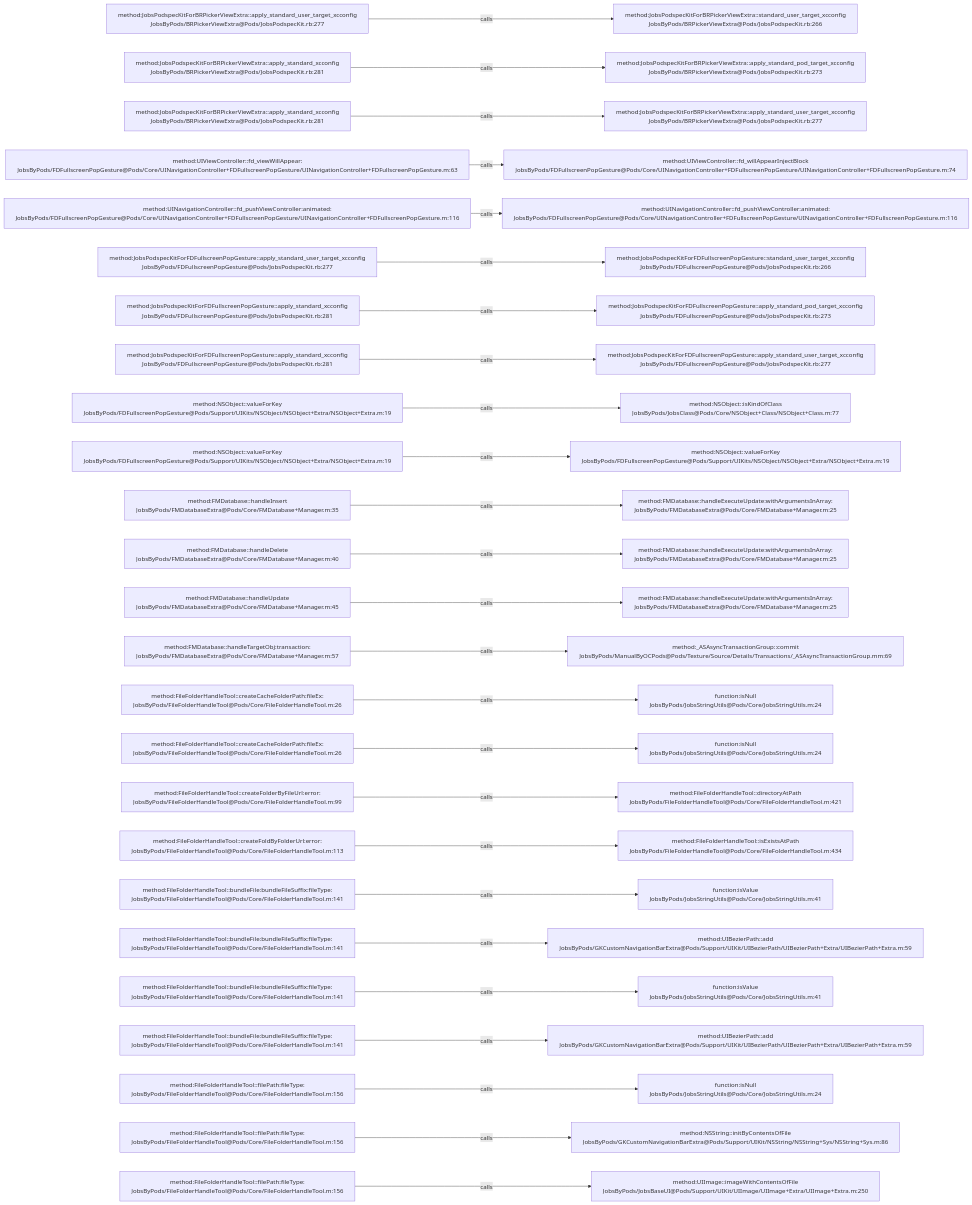
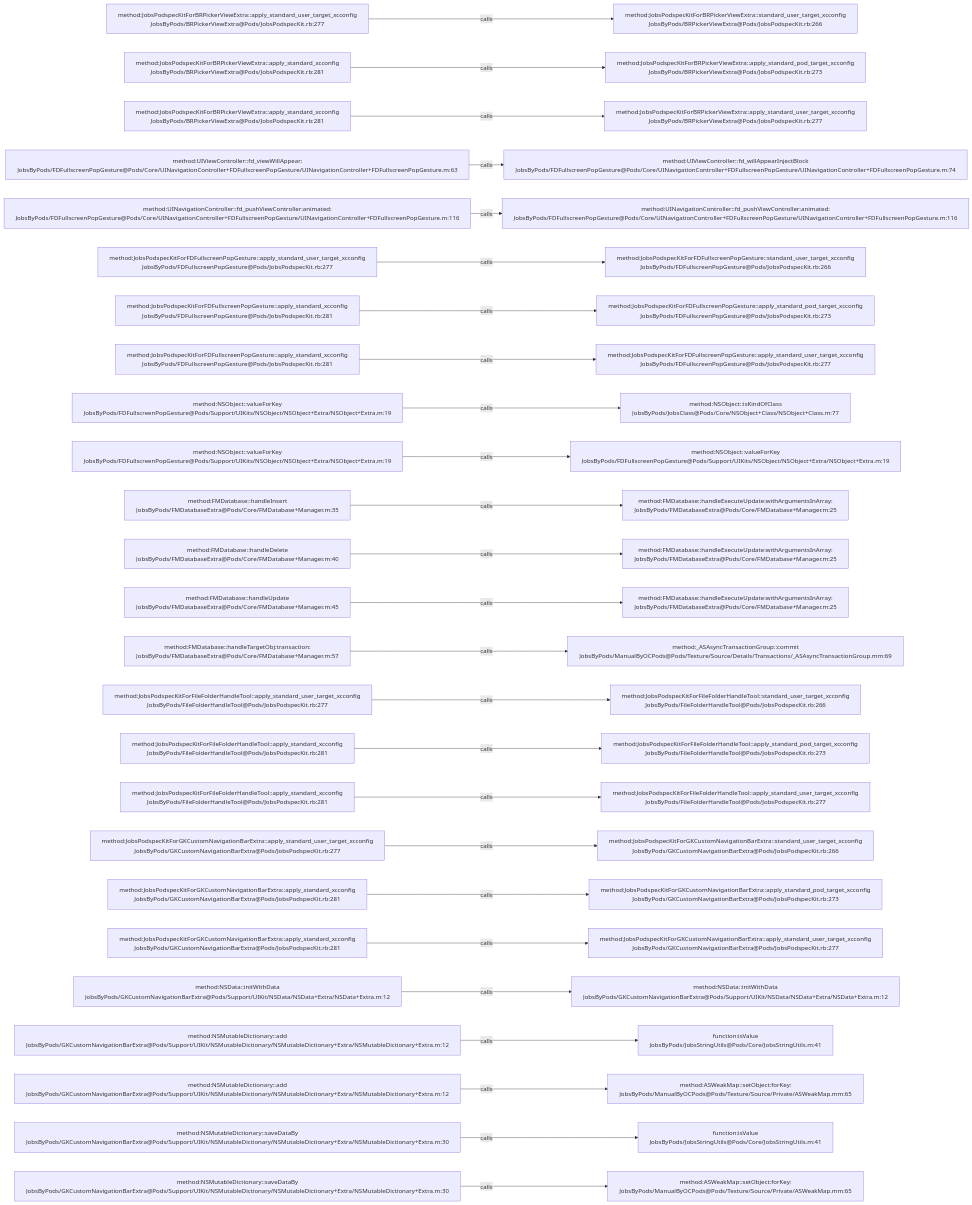
One commit to JobsKits/JobsOCBaseConfigDemo changed the diagram in .codegraph/codegraph.md/graphs/calls-001.md. Above: the diagram before and after it, drawn with Mermaid. The commit also changed 573 other files, not shown here.

````diff
--- a/.codegraph/codegraph.md/graphs/calls-001.md
+++ b/.codegraph/codegraph.md/graphs/calls-001.md
@@ -13,78 +13,78 @@
 ```mermaid
 flowchart LR
   S1["method:JobsPodspecKitForBRPickerViewExtra::apply_standard_user_target_xcconfig<br/>JobsByPods/BRPickerViewExtra@Pods/JobsPodspecKit.rb:277"]
   T1["method:JobsPodspecKitForBRPickerViewExtra::standard_user_target_xcconfig<br/>JobsByPods/BRPickerViewExtra@Pods/JobsPodspecKit.rb:266"]
   S1 -->|calls| T1
   S2["method:JobsPodspecKitForBRPickerViewExtra::apply_standard_xcconfig<br/>JobsByPods/BRPickerViewExtra@Pods/JobsPodspecKit.rb:281"]
   T2["method:JobsPodspecKitForBRPickerViewExtra::apply_standard_pod_target_xcconfig<br/>JobsByPods/BRPickerViewExtra@Pods/JobsPodspecKit.rb:273"]
   S2 -->|calls| T2
   S3["method:JobsPodspecKitForBRPickerViewExtra::apply_standard_xcconfig<br/>JobsByPods/BRPickerViewExtra@Pods/JobsPodspecKit.rb:281"]
   T3["method:JobsPodspecKitForBRPickerViewExtra::apply_standard_user_target_xcconfig<br/>JobsByPods/BRPickerViewExtra@Pods/JobsPodspecKit.rb:277"]
   S3 -->|calls| T3
   S4["method:UIViewController::fd_viewWillAppear:<br/>JobsByPods/FDFullscreenPopGesture@Pods/Core/UINavigationController+FDFullscreenPopGesture/UINavigationController+FDFullscreenPopGesture.m:63"]
   T4["method:UIViewController::fd_willAppearInjectBlock<br/>JobsByPods/FDFullscreenPopGesture@Pods/Core/UINavigationController+FDFullscreenPopGesture/UINavigationController+FDFullscreenPopGesture.m:74"]
   S4 -->|calls| T4
   S5["method:UINavigationController::fd_pushViewController:animated:<br/>JobsByPods/FDFullscreenPopGesture@Pods/Core/UINavigationController+FDFullscreenPopGesture/UINavigationController+FDFullscreenPopGesture.m:116"]
   T5["method:UINavigationController::fd_pushViewController:animated:<br/>JobsByPods/FDFullscreenPopGesture@Pods/Core/UINavigationController+FDFullscreenPopGesture/UINavigationController+FDFullscreenPopGesture.m:116"]
   S5 -->|calls| T5
   S6["method:JobsPodspecKitForFDFullscreenPopGesture::apply_standard_user_target_xcconfig<br/>JobsByPods/FDFullscreenPopGesture@Pods/JobsPodspecKit.rb:277"]
   T6["method:JobsPodspecKitForFDFullscreenPopGesture::standard_user_target_xcconfig<br/>JobsByPods/FDFullscreenPopGesture@Pods/JobsPodspecKit.rb:266"]
   S6 -->|calls| T6
   S7["method:JobsPodspecKitForFDFullscreenPopGesture::apply_standard_xcconfig<br/>JobsByPods/FDFullscreenPopGesture@Pods/JobsPodspecKit.rb:281"]
   T7["method:JobsPodspecKitForFDFullscreenPopGesture::apply_standard_pod_target_xcconfig<br/>JobsByPods/FDFullscreenPopGesture@Pods/JobsPodspecKit.rb:273"]
   S7 -->|calls| T7
   S8["method:JobsPodspecKitForFDFullscreenPopGesture::apply_standard_xcconfig<br/>JobsByPods/FDFullscreenPopGesture@Pods/JobsPodspecKit.rb:281"]
   T8["method:JobsPodspecKitForFDFullscreenPopGesture::apply_standard_user_target_xcconfig<br/>JobsByPods/FDFullscreenPopGesture@Pods/JobsPodspecKit.rb:277"]
   S8 -->|calls| T8
   S9["method:NSObject::valueForKey<br/>JobsByPods/FDFullscreenPopGesture@Pods/Support/UIKits/NSObject/NSObject+Extra/NSObject+Extra.m:19"]
   T9["method:NSObject::isKindOfClass<br/>JobsByPods/JobsClass@Pods/Core/NSObject+Class/NSObject+Class.m:77"]
   S9 -->|calls| T9
   S10["method:NSObject::valueForKey<br/>JobsByPods/FDFullscreenPopGesture@Pods/Support/UIKits/NSObject/NSObject+Extra/NSObject+Extra.m:19"]
   T10["method:NSObject::valueForKey<br/>JobsByPods/FDFullscreenPopGesture@Pods/Support/UIKits/NSObject/NSObject+Extra/NSObject+Extra.m:19"]
   S10 -->|calls| T10
   S11["method:FMDatabase::handleInsert<br/>JobsByPods/FMDatabaseExtra@Pods/Core/FMDatabase+Manager.m:35"]
   T11["method:FMDatabase::handleExecuteUpdate:withArgumentsInArray:<br/>JobsByPods/FMDatabaseExtra@Pods/Core/FMDatabase+Manager.m:25"]
   S11 -->|calls| T11
   S12["method:FMDatabase::handleDelete<br/>JobsByPods/FMDatabaseExtra@Pods/Core/FMDatabase+Manager.m:40"]
   T12["method:FMDatabase::handleExecuteUpdate:withArgumentsInArray:<br/>JobsByPods/FMDatabaseExtra@Pods/Core/FMDatabase+Manager.m:25"]
   S12 -->|calls| T12
   S13["method:FMDatabase::handleUpdate<br/>JobsByPods/FMDatabaseExtra@Pods/Core/FMDatabase+Manager.m:45"]
   T13["method:FMDatabase::handleExecuteUpdate:withArgumentsInArray:<br/>JobsByPods/FMDatabaseExtra@Pods/Core/FMDatabase+Manager.m:25"]
   S13 -->|calls| T13
   S14["method:FMDatabase::handleTargetObj:transaction:<br/>JobsByPods/FMDatabaseExtra@Pods/Core/FMDatabase+Manager.m:57"]
   T14["method:_ASAsyncTransactionGroup::commit<br/>JobsByPods/ManualByOCPods@Pods/Texture/Source/Details/Transactions/_ASAsyncTransactionGroup.mm:69"]
   S14 -->|calls| T14
-  S15["method:FileFolderHandleTool::createCacheFolderPath:fileEx:<br/>JobsByPods/FileFolderHandleTool@Pods/Core/FileFolderHandleTool.m:26"]
-  T15["function:isNull<br/>JobsByPods/JobsStringUtils@Pods/Core/JobsStringUtils.m:24"]
+  S15["method:JobsPodspecKitForFileFolderHandleTool::apply_standard_user_target_xcconfig<br/>JobsByPods/FileFolderHandleTool@Pods/JobsPodspecKit.rb:277"]
+  T15["method:JobsPodspecKitForFileFolderHandleTool::standard_user_target_xcconfig<br/>JobsByPods/FileFolderHandleTool@Pods/JobsPodspecKit.rb:266"]
   S15 -->|calls| T15
-  S16["method:FileFolderHandleTool::createCacheFolderPath:fileEx:<br/>JobsByPods/FileFolderHandleTool@Pods/Core/FileFolderHandleTool.m:26"]
-  T16["function:isNull<br/>JobsByPods/JobsStringUtils@Pods/Core/JobsStringUtils.m:24"]
+  S16["method:JobsPodspecKitForFileFolderHandleTool::apply_standard_xcconfig<br/>JobsByPods/FileFolderHandleTool@Pods/JobsPodspecKit.rb:281"]
+  T16["method:JobsPodspecKitForFileFolderHandleTool::apply_standard_pod_target_xcconfig<br/>JobsByPods/FileFolderHandleTool@Pods/JobsPodspecKit.rb:273"]
   S16 -->|calls| T16
-  S17["method:FileFolderHandleTool::createFolderByFileUrl:error:<br/>JobsByPods/FileFolderHandleTool@Pods/Core/FileFolderHandleTool.m:99"]
-  T17["method:FileFolderHandleTool::directoryAtPath<br/>JobsByPods/FileFolderHandleTool@Pods/Core/FileFolderHandleTool.m:421"]
+  S17["method:JobsPodspecKitForFileFolderHandleTool::apply_standard_xcconfig<br/>JobsByPods/FileFolderHandleTool@Pods/JobsPodspecKit.rb:281"]
+  T17["method:JobsPodspecKitForFileFolderHandleTool::apply_standard_user_target_xcconfig<br/>JobsByPods/FileFolderHandleTool@Pods/JobsPodspecKit.rb:277"]
   S17 -->|calls| T17
-  S18["method:FileFolderHandleTool::createFoldByFolderUrl:error:<br/>JobsByPods/FileFolderHandleTool@Pods/Core/FileFolderHandleTool.m:113"]
-  T18["method:FileFolderHandleTool::isExistsAtPath<br/>JobsByPods/FileFolderHandleTool@Pods/Core/FileFolderHandleTool.m:434"]
+  S18["method:JobsPodspecKitForGKCustomNavigationBarExtra::apply_standard_user_target_xcconfig<br/>JobsByPods/GKCustomNavigationBarExtra@Pods/JobsPodspecKit.rb:277"]
+  T18["method:JobsPodspecKitForGKCustomNavigationBarExtra::standard_user_target_xcconfig<br/>JobsByPods/GKCustomNavigationBarExtra@Pods/JobsPodspecKit.rb:266"]
   S18 -->|calls| T18
-  S19["method:FileFolderHandleTool::bundleFile:bundleFileSuffix:fileType:<br/>JobsByPods/FileFolderHandleTool@Pods/Core/FileFolderHandleTool.m:141"]
-  T19["function:isValue<br/>JobsByPods/JobsStringUtils@Pods/Core/JobsStringUtils.m:41"]
+  S19["method:JobsPodspecKitForGKCustomNavigationBarExtra::apply_standard_xcconfig<br/>JobsByPods/GKCustomNavigationBarExtra@Pods/JobsPodspecKit.rb:281"]
+  T19["method:JobsPodspecKitForGKCustomNavigationBarExtra::apply_standard_pod_target_xcconfig<br/>JobsByPods/GKCustomNavigationBarExtra@Pods/JobsPodspecKit.rb:273"]
   S19 -->|calls| T19
-  S20["method:FileFolderHandleTool::bundleFile:bundleFileSuffix:fileType:<br/>JobsByPods/FileFolderHandleTool@Pods/Core/FileFolderHandleTool.m:141"]
-  T20["method:UIBezierPath::add<br/>JobsByPods/GKCustomNavigationBarExtra@Pods/Support/UIKit/UIBezierPath/UIBezierPath+Extra/UIBezierPath+Extra.m:59"]
+  S20["method:JobsPodspecKitForGKCustomNavigationBarExtra::apply_standard_xcconfig<br/>JobsByPods/GKCustomNavigationBarExtra@Pods/JobsPodspecKit.rb:281"]
+  T20["method:JobsPodspecKitForGKCustomNavigationBarExtra::apply_standard_user_target_xcconfig<br/>JobsByPods/GKCustomNavigationBarExtra@Pods/JobsPodspecKit.rb:277"]
   S20 -->|calls| T20
-  S21["method:FileFolderHandleTool::bundleFile:bundleFileSuffix:fileType:<br/>JobsByPods/FileFolderHandleTool@Pods/Core/FileFolderHandleTool.m:141"]
-  T21["function:isValue<br/>JobsByPods/JobsStringUtils@Pods/Core/JobsStringUtils.m:41"]
+  S21["method:NSData::initWithData<br/>JobsByPods/GKCustomNavigationBarExtra@Pods/Support/UIKit/NSData/NSData+Extra/NSData+Extra.m:12"]
+  T21["method:NSData::initWithData<br/>JobsByPods/GKCustomNavigationBarExtra@Pods/Support/UIKit/NSData/NSData+Extra/NSData+Extra.m:12"]
   S21 -->|calls| T21
-  S22["method:FileFolderHandleTool::bundleFile:bundleFileSuffix:fileType:<br/>JobsByPods/FileFolderHandleTool@Pods/Core/FileFolderHandleTool.m:141"]
-  T22["method:UIBezierPath::add<br/>JobsByPods/GKCustomNavigationBarExtra@Pods/Support/UIKit/UIBezierPath/UIBezierPath+Extra/UIBezierPath+Extra.m:59"]
+  S22["method:NSMutableDictionary::add<br/>JobsByPods/GKCustomNavigationBarExtra@Pods/Support/UIKit/NSMutableDictionary/NSMutableDictionary+Extra/NSMutableDictionary+Extra.m:12"]
+  T22["function:isValue<br/>JobsByPods/JobsStringUtils@Pods/Core/JobsStringUtils.m:41"]
   S22 -->|calls| T22
-  S23["method:FileFolderHandleTool::filePath:fileType:<br/>JobsByPods/FileFolderHandleTool@Pods/Core/FileFolderHandleTool.m:156"]
-  T23["function:isNull<br/>JobsByPods/JobsStringUtils@Pods/Core/JobsStringUtils.m:24"]
+  S23["method:NSMutableDictionary::add<br/>JobsByPods/GKCustomNavigationBarExtra@Pods/Support/UIKit/NSMutableDictionary/NSMutableDictionary+Extra/NSMutableDictionary+Extra.m:12"]
+  T23["method:ASWeakMap::setObject:forKey:<br/>JobsByPods/ManualByOCPods@Pods/Texture/Source/Private/ASWeakMap.mm:65"]
   S23 -->|calls| T23
-  S24["method:FileFolderHandleTool::filePath:fileType:<br/>JobsByPods/FileFolderHandleTool@Pods/Core/FileFolderHandleTool.m:156"]
-  T24["method:NSString::initByContentsOfFile<br/>JobsByPods/GKCustomNavigationBarExtra@Pods/Support/UIKit/NSString/NSString+Sys/NSString+Sys.m:86"]
+  S24["method:NSMutableDictionary::saveDataBy<br/>JobsByPods/GKCustomNavigationBarExtra@Pods/Support/UIKit/NSMutableDictionary/NSMutableDictionary+Extra/NSMutableDictionary+Extra.m:30"]
+  T24["function:isValue<br/>JobsByPods/JobsStringUtils@Pods/Core/JobsStringUtils.m:41"]
   S24 -->|calls| T24
-  S25["method:FileFolderHandleTool::filePath:fileType:<br/>JobsByPods/FileFolderHandleTool@Pods/Core/FileFolderHandleTool.m:156"]
-  T25["method:UIImage::imageWithContentsOfFile<br/>JobsByPods/JobsBaseUI@Pods/Support/UIKit/UIImage/UIImage+Extra/UIImage+Extra.m:250"]
+  S25["method:NSMutableDictionary::saveDataBy<br/>JobsByPods/GKCustomNavigationBarExtra@Pods/Support/UIKit/NSMutableDictionary/NSMutableDictionary+Extra/NSMutableDictionary+Extra.m:30"]
+  T25["method:ASWeakMap::setObject:forKey:<br/>JobsByPods/ManualByOCPods@Pods/Texture/Source/Private/ASWeakMap.mm:65"]
   S25 -->|calls| T25
 ```
````
